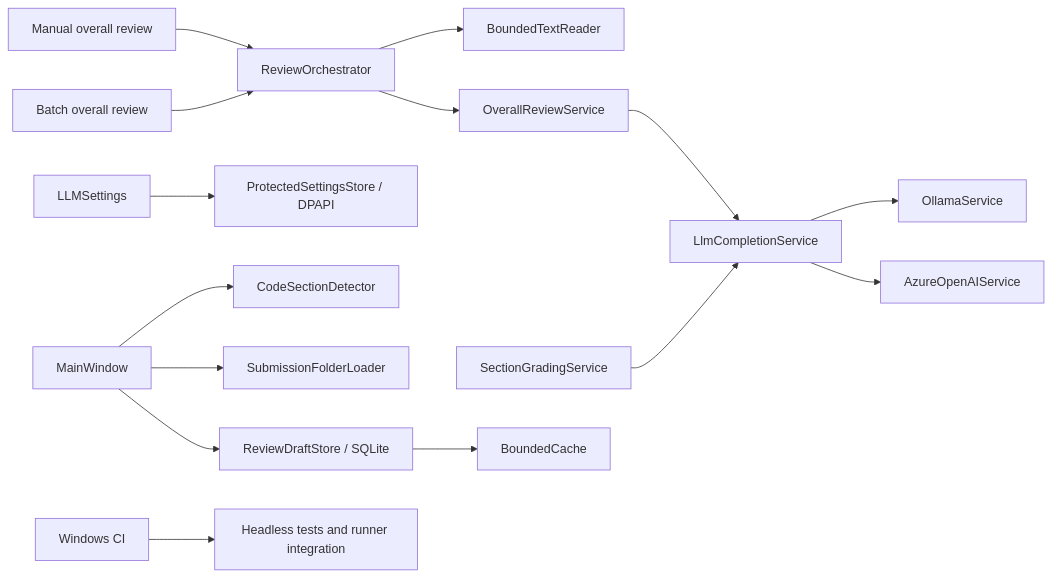
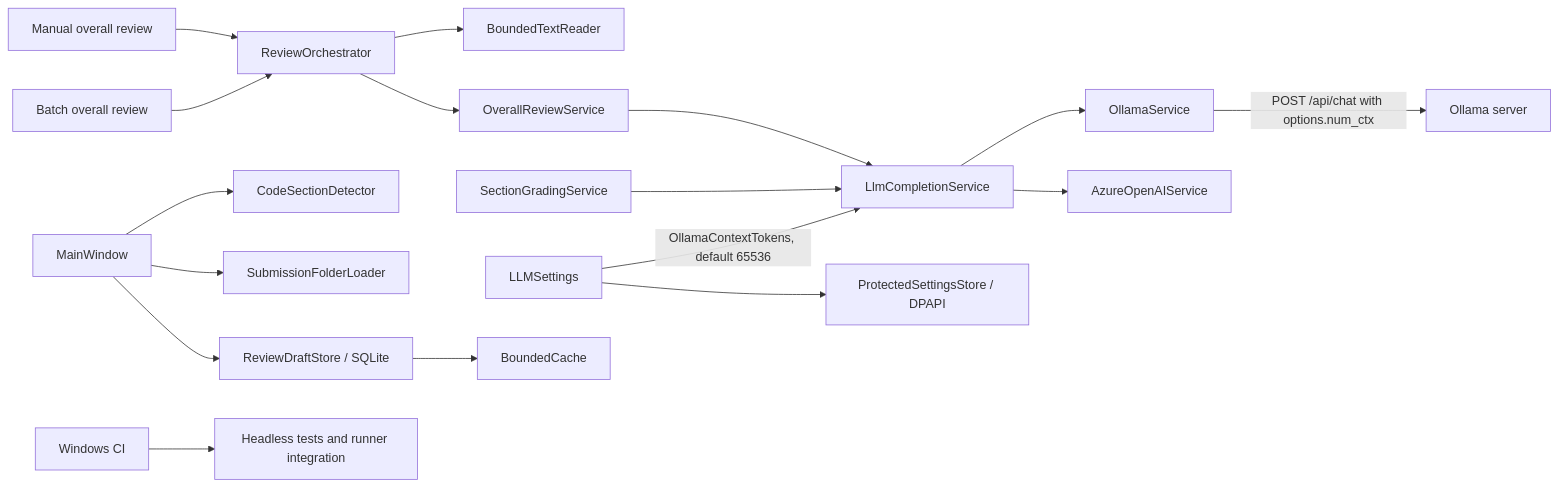
Before and after one commit to signalnotnoise/GuidedGrade: the first of 38 diagrams in KNOWLEDGE_GRAPH.md, drawn with Mermaid. The commit also changed other lines of this file and 13 other files, not shown here.

````diff
--- a/KNOWLEDGE_GRAPH.md
+++ b/KNOWLEDGE_GRAPH.md
@@ -13,17 +13,19 @@
 ```mermaid
 flowchart LR
     Manual[Manual overall review] --> Review[ReviewOrchestrator]
     Batch[Batch overall review] --> Review
     Review --> Reads[BoundedTextReader]
     Review --> Validation[OverallReviewService]
     Validation --> Route[LlmCompletionService]
     Section[SectionGradingService] --> Route
     Route --> Ollama[OllamaService]
+    Settings -->|OllamaContextTokens, default 65536| Route
+    Ollama -->|POST /api/chat with options.num_ctx| NativeOllama[Ollama server]
     Route --> Azure[AzureOpenAIService]
     Settings[LLMSettings] --> Protection[ProtectedSettingsStore / DPAPI]
     Window[MainWindow] --> Detect[CodeSectionDetector]
     Window --> Folders[SubmissionFolderLoader]
     Window --> Drafts[ReviewDraftStore / SQLite]
     Drafts --> Cache[BoundedCache]
     Tests[Windows CI] --> Regression[Headless tests and runner integration]
 ```
````
